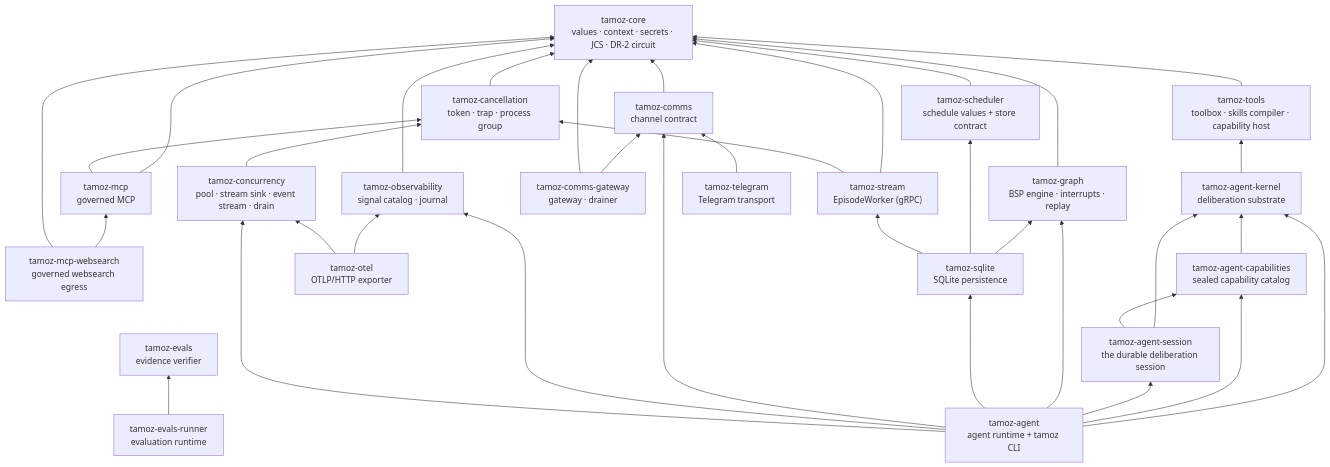
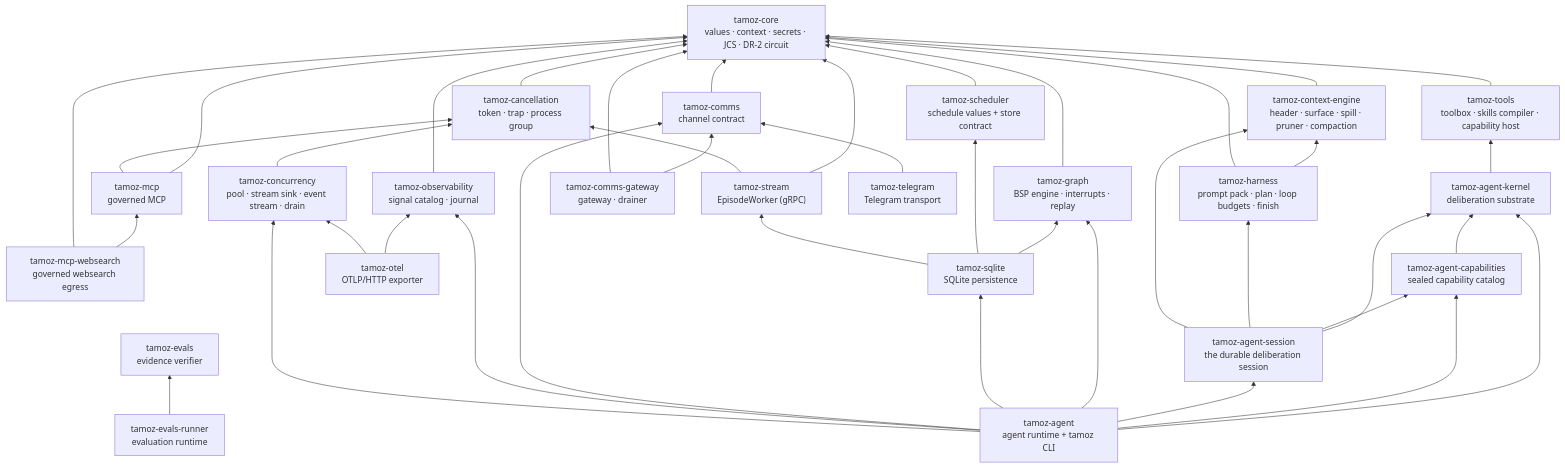
Before and after one commit to ghassan-ai-projects/tamoz: the diagram in documentation/architecture/gems.md, drawn with Mermaid. The commit also changed other lines of this file and 12 other files, not shown here.

First line of the commit message:
docs: document tamoz code and the coding harness

````diff
--- a/documentation/architecture/gems.md
+++ b/documentation/architecture/gems.md
@@ -10,67 +10,74 @@
 ```mermaid
 flowchart BT
     CORE["tamoz-core<br/>values · context · secrets · JCS · DR-2 circuit"]
 
     CAN["tamoz-cancellation<br/>token · trap · process group"]
     CON["tamoz-concurrency<br/>pool · stream sink · event stream · drain"]
     G["tamoz-graph<br/>BSP engine · interrupts · replay"]
     SCH["tamoz-scheduler<br/>schedule values + store contract"]
     STR["tamoz-stream<br/>EpisodeWorker (gRPC)"]
     T["tamoz-tools<br/>toolbox · skills compiler · capability host"]
+    CE["tamoz-context-engine<br/>header · surface · spill · pruner · compaction"]
+    H["tamoz-harness<br/>prompt pack · plan · loop budgets · finish"]
     M["tamoz-mcp<br/>governed MCP"]
     MW["tamoz-mcp-websearch<br/>governed websearch egress"]
     C["tamoz-comms<br/>channel contract"]
     CG["tamoz-comms-gateway<br/>gateway · drainer"]
     O["tamoz-observability<br/>signal catalog · journal"]
 
     SQL["tamoz-sqlite<br/>SQLite persistence"]
     OTEL["tamoz-otel<br/>OTLP/HTTP exporter"]
     TG["tamoz-telegram<br/>Telegram transport"]
 
     AK["tamoz-agent-kernel<br/>deliberation substrate"]
     ACAP["tamoz-agent-capabilities<br/>sealed capability catalog"]
     ASESS["tamoz-agent-session<br/>the durable deliberation session"]
     AGENT["tamoz-agent<br/>agent runtime + tamoz CLI"]
 
     EVALS["tamoz-evals<br/>evidence verifier"]
     RUNNER["tamoz-evals-runner<br/>evaluation runtime"]
 
     G --> CORE
     SCH --> CORE
     STR --> CORE
     STR --> CAN
     T --> CORE
+    CE --> CORE
+    H --> CE
+    H --> CORE
     M --> CORE
     M --> CAN
     MW --> M
     MW --> CORE
     C --> CORE
     CG --> C
     CG --> CORE
     O --> CORE
 
     CAN --> CORE
     CON --> CAN
 
     SQL --> G
     SQL --> SCH
     SQL --> STR
     OTEL --> O
     OTEL --> CON
     TG --> C
 
     AK --> T
     ACAP --> AK
     ASESS --> AK
     ASESS --> ACAP
+    ASESS --> H
+    ASESS --> CE
     AGENT --> AK
     AGENT --> ACAP
     AGENT --> ASESS
     AGENT --> G
     AGENT --> SQL
     AGENT --> C
     AGENT --> O
     AGENT --> CON
 
     RUNNER --> EVALS
 ```
````
